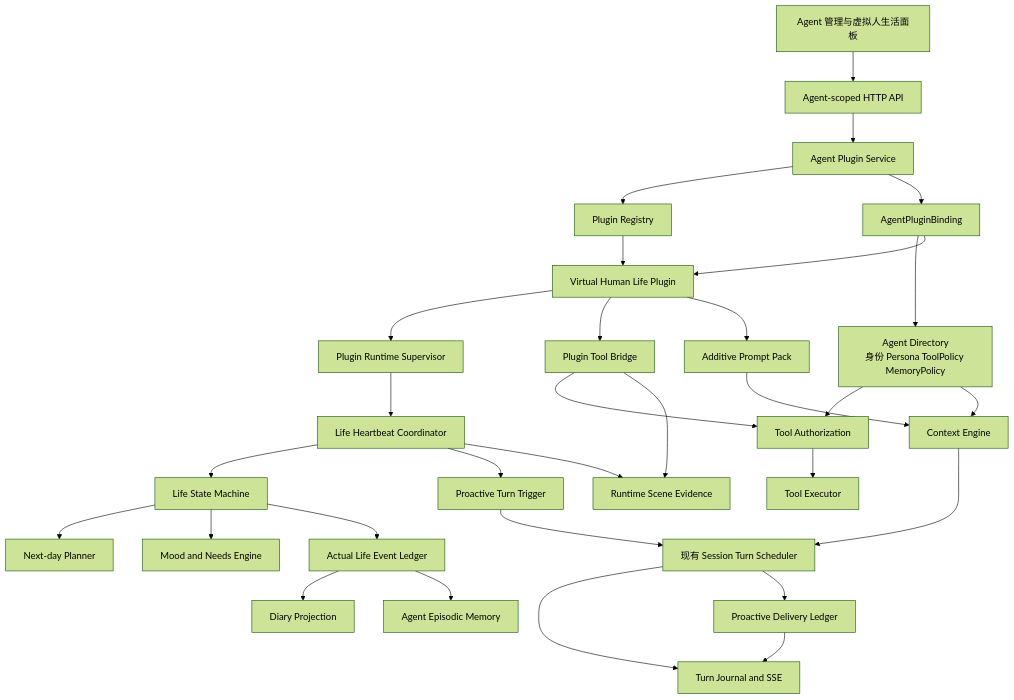
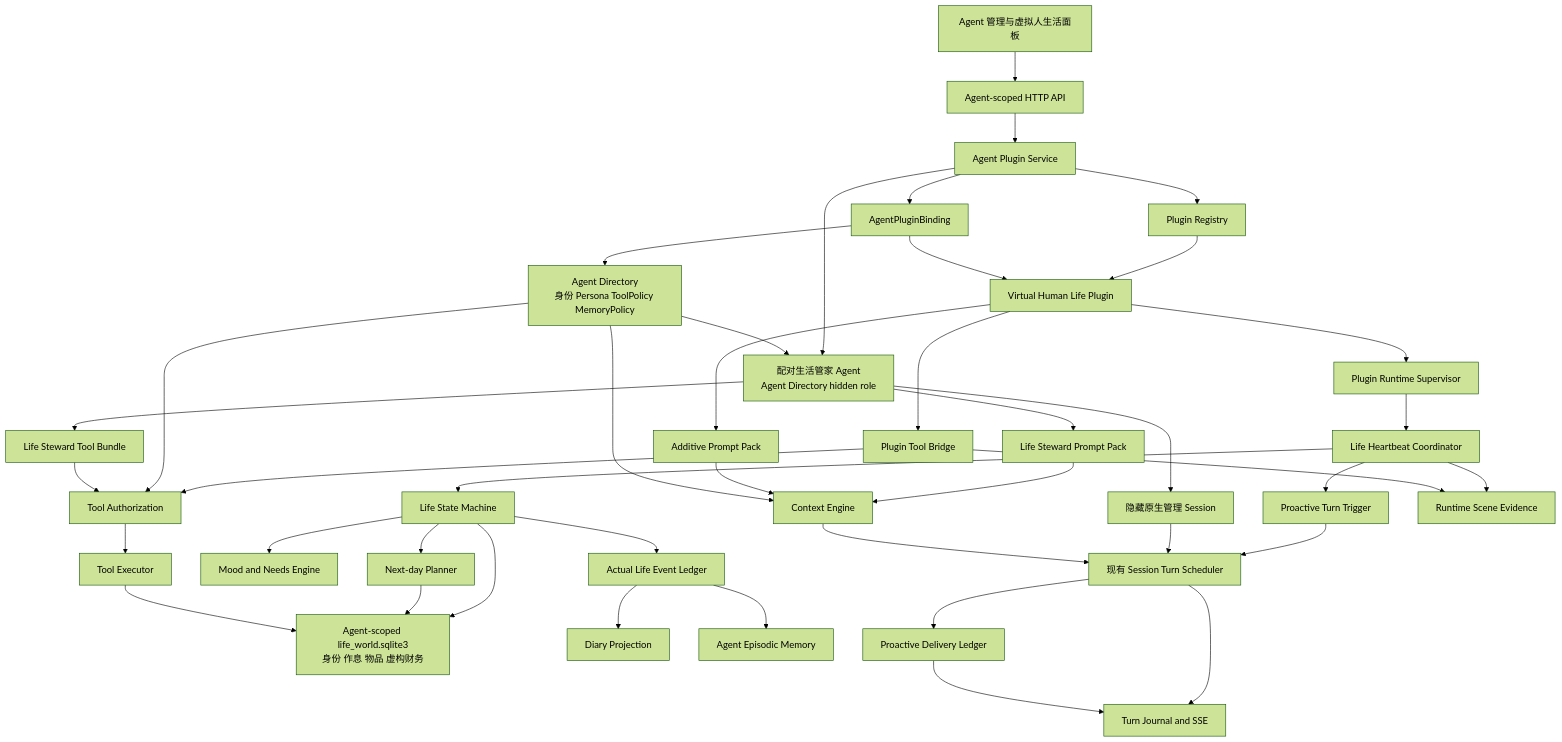
The first of 5 diagrams in docs/prds/2026-08-27-virtual-human-life-plugin.md (CCDawn/Vibelution), drawn with Mermaid (forest theme) before and after one commit. The commit also changed other lines of this file, not shown here.

Commit message:
docs(companion): plan life world and steward agent

````diff
--- a/docs/prds/2026-08-27-virtual-human-life-plugin.md
+++ b/docs/prds/2026-08-27-virtual-human-life-plugin.md
@@ -218,64 +246,81 @@
 ```mermaid
 flowchart TB
     UI[Agent 管理与虚拟人生活面板]
     API[Agent-scoped HTTP API]
     PluginService[Agent Plugin Service]
     Registry[Plugin Registry]
     Binding[AgentPluginBinding]
     AgentDirectory[Agent Directory<br/>身份 Persona ToolPolicy MemoryPolicy]
 
     LifePlugin[Virtual Human Life Plugin]
     Supervisor[Plugin Runtime Supervisor]
     Coordinator[Life Heartbeat Coordinator]
     Engine[Life State Machine]
     Planner[Next-day Planner]
     Mood[Mood and Needs Engine]
+    LifeWorld[Agent-scoped life_world.sqlite3<br/>身份 作息 物品 虚构财务]
+    StewardAgent[配对生活管家 Agent<br/>Agent Directory hidden role]
+    StewardSession[隐藏原生管理 Session]
+    StewardPrompt[Life Steward Prompt Pack]
+    StewardTools[Life Steward Tool Bundle]
     ToolBridge[Plugin Tool Bridge]
     PromptPack[Additive Prompt Pack]
     EventLedger[Actual Life Event Ledger]
     Diary[Diary Projection]
     Episodic[Agent Episodic Memory]
     Context[Context Engine]
     Auth[Tool Authorization]
     Executor[Tool Executor]
     ProactiveTrigger[Proactive Turn Trigger]
     TurnScheduler[现有 Session Turn Scheduler]
     Journal[Turn Journal and SSE]
     Delivery[Proactive Delivery Ledger]
     RuntimeScene[Runtime Scene Evidence]
 
     UI --> API
     API --> PluginService
     PluginService --> Registry
     PluginService --> Binding
     Binding --> AgentDirectory
 
     Registry --> LifePlugin
     Binding --> LifePlugin
     LifePlugin --> Supervisor
     Supervisor --> Coordinator
     Coordinator --> Engine
     Engine --> Planner
     Engine --> Mood
     Engine --> EventLedger
+    Engine --> LifeWorld
+    Planner --> LifeWorld
     Coordinator --> ProactiveTrigger
     ProactiveTrigger --> TurnScheduler
 
     LifePlugin --> ToolBridge
     ToolBridge --> Auth
     AgentDirectory --> Auth
     Auth --> Executor
+    Executor --> LifeWorld
+
+    PluginService --> StewardAgent
+    AgentDirectory --> StewardAgent
+    StewardAgent --> StewardSession
+    StewardAgent --> StewardPrompt
+    StewardAgent --> StewardTools
+    StewardSession --> TurnScheduler
+    StewardPrompt --> Context
+    StewardTools --> Auth
 
     LifePlugin --> PromptPack
     PromptPack --> Context
     AgentDirectory --> Context
     Context --> TurnScheduler
     TurnScheduler --> Journal
     TurnScheduler --> Delivery
     Delivery --> Journal
 
     EventLedger --> Diary
     EventLedger --> Episodic
     Coordinator --> RuntimeScene
     ToolBridge --> RuntimeScene
 ```
````
